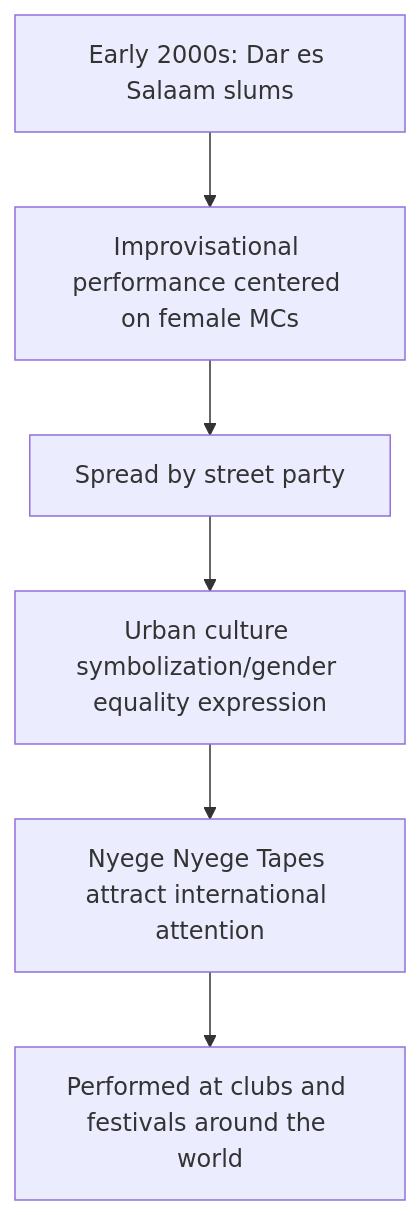
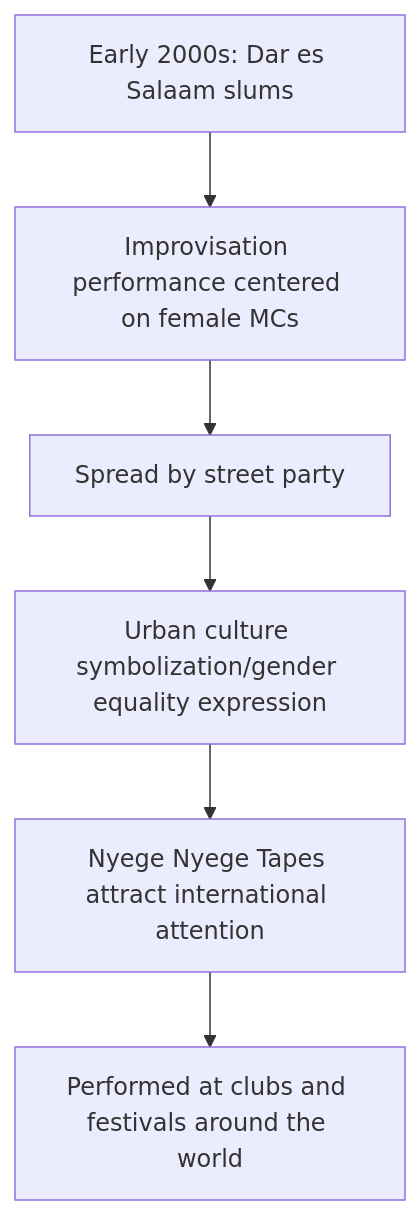
One commit to monumental-movement/monumental-movement.github.io changed the first of 6 diagrams in en/_posts/2025-10-04-Column-Nyege-Nyege.md. Above: the diagram before and after it, drawn with Mermaid. The commit also changed other lines of this file and 1701 other files, not shown here.

```diff
--- a/en/_posts/2025-10-04-Column-Nyege-Nyege.md
+++ b/en/_posts/2025-10-04-Column-Nyege-Nyege.md
@@ -101,10 +98,10 @@
 <div class="mermaid">
 
 flowchart TD
-A["Early 2000s: Dar es Salaam slums"] --> B["Improvisational performance centered on female MCs"]
-B --> C["Spread by street party"]
-C --> D["Urban culture symbolization/gender equality expression"]
-D --> E["Nyege Nyege Tapes attract international attention"]
-E --> F["Performed at clubs and festivals around the world"]
+    A["Early 2000s: Dar es Salaam slums"] --> B["Improvisation performance centered on female MCs"]
+    B --> C["Spread by street party"]
+        C --> D["Urban culture symbolization/gender equality expression"]
+    D --> E["Nyege Nyege Tapes attract international attention"]
+    E --> F["Performed at clubs and festivals around the world"]
 
 </div>
```
